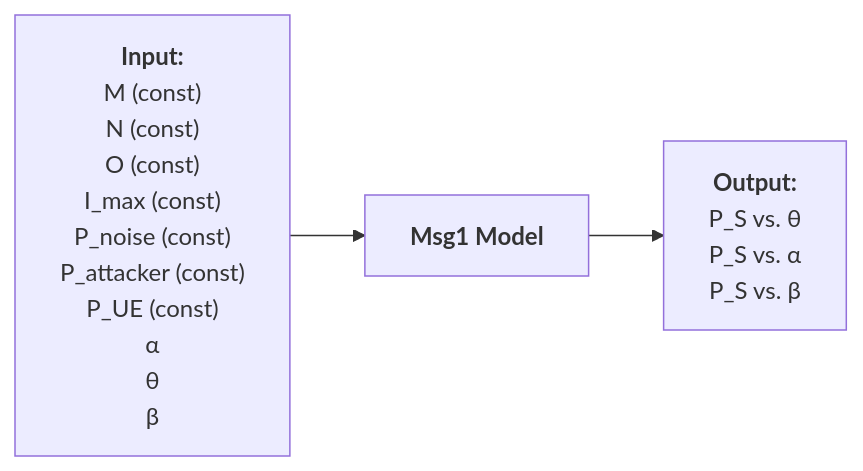
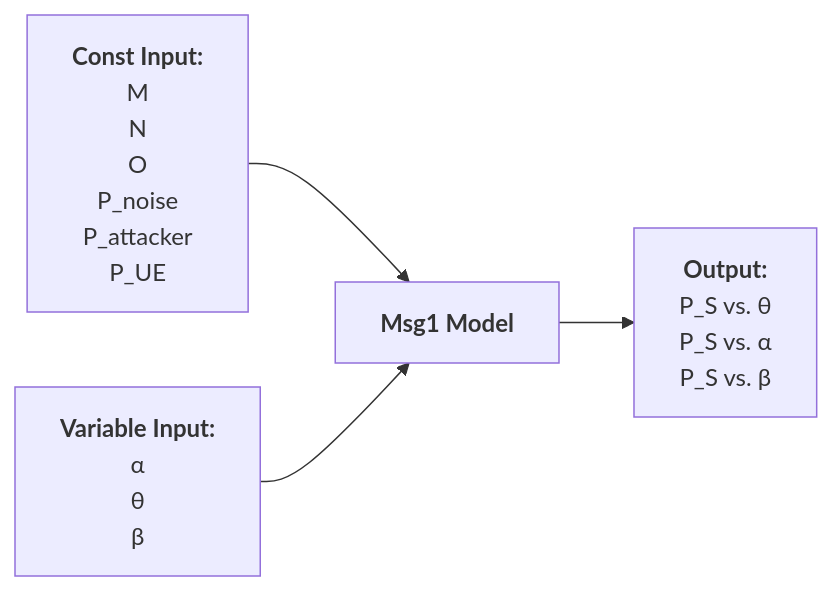
The third of 4 diagrams in docs/20250307 Thesis (PRACH Attack Problem Definition).md (bmw-ece-ntust/wilfrid-prach-attack-analysis), drawn with Mermaid before and after one commit. The commit also changed other lines of this file, not shown here.

Commit message:
Update 20250307 Thesis (PRACH Attack Problem Definition).md

````diff
--- a/docs/20250307 Thesis (PRACH Attack Problem Definition).md
+++ b/docs/20250307 Thesis (PRACH Attack Problem Definition).md
@@ -212,20 +211,22 @@
 ```mermaid
 flowchart LR
-    input["`**Input:**
-    M (const)
-    N (const)
-    O (const)
-    I_max (const)
-    P_noise (const)
-    P_attacker (const)
-    P_UE (const)
+    inputC["`**Const Input:**
+    M
+    N
+    O
+    P_noise
+    P_attacker
+    P_UE`"]
+    inputV["`**Variable Input:**
     α
     θ
     β`"]
     process["`**Msg1 Model**`"]
     output["`**Output:**
     P_S vs. θ
     P_S vs. α
     P_S vs. β`"]
-    input --> process --> output
+    inputC --> process
+    inputV --> process
+    process --> output
 ```
````
